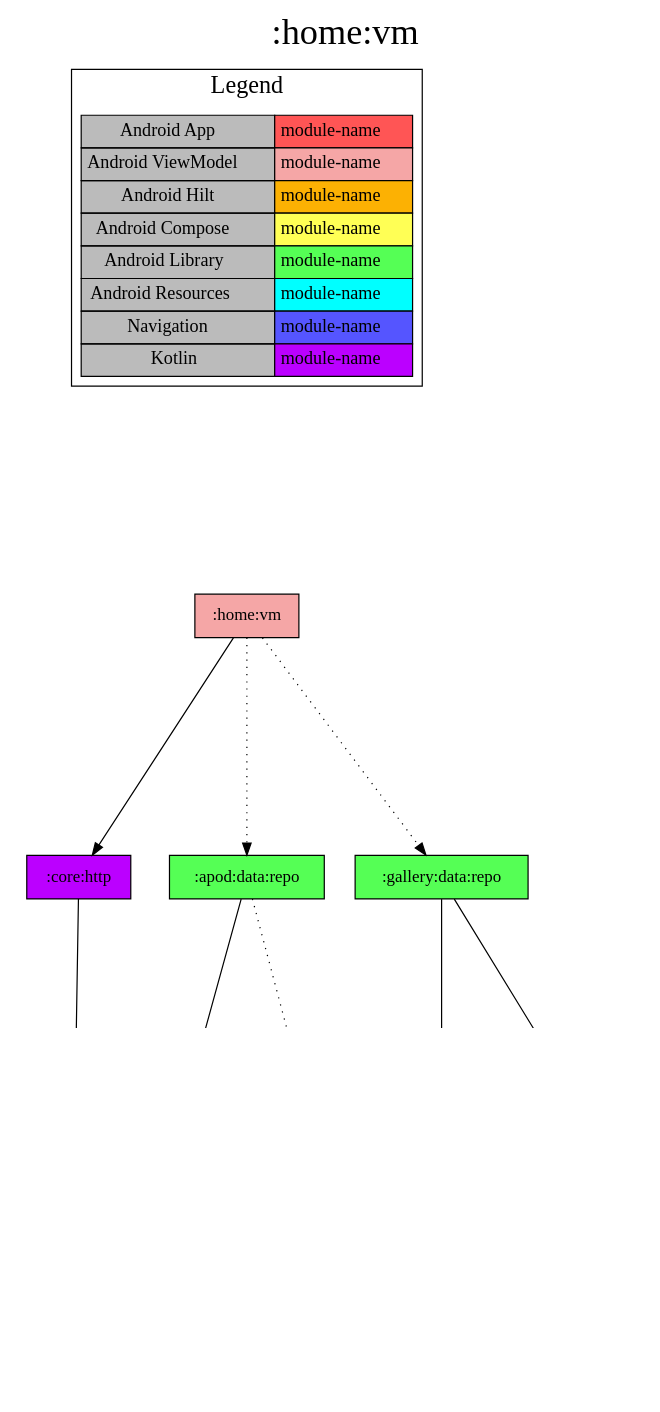
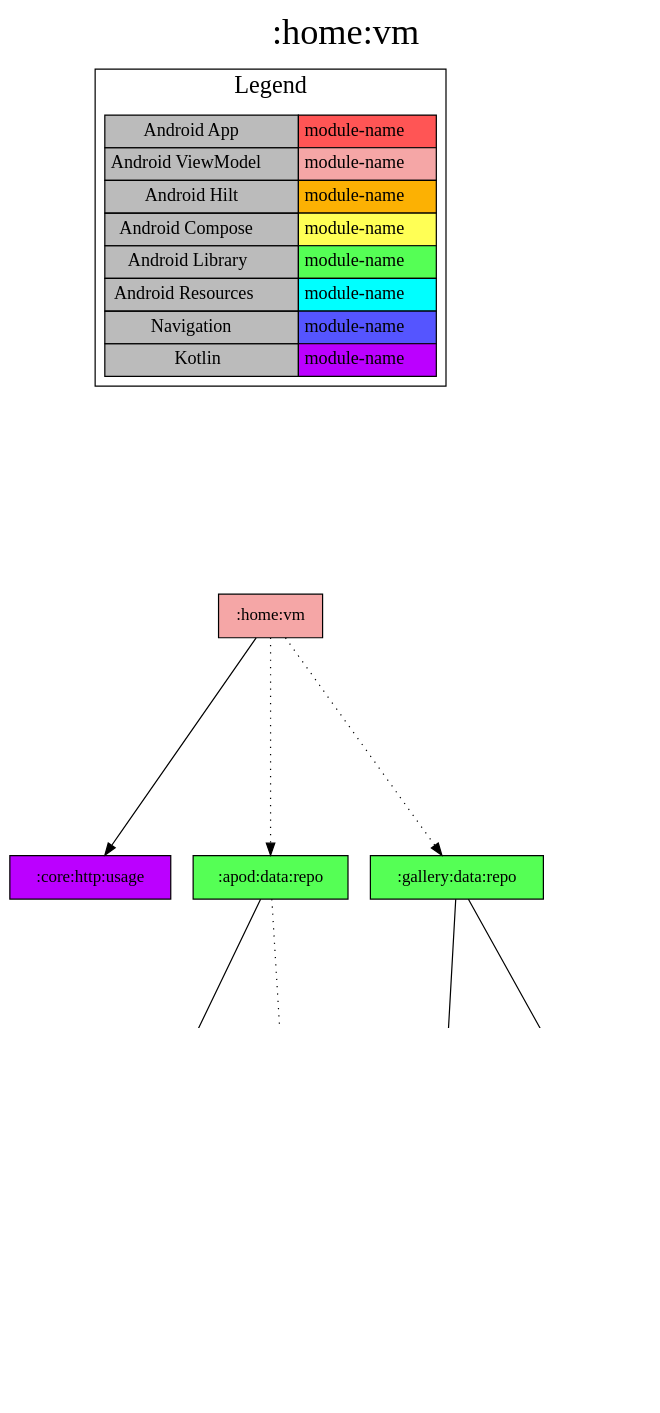
One commit to jonapoul/nasa-android changed the diagram in modules/home/vm/project-dependency-graph.dot. Above: the diagram before and after it, drawn with Graphviz. The commit also changed 85 other files, not shown here.

```diff
--- a/modules/home/vm/project-dependency-graph.dot
+++ b/modules/home/vm/project-dependency-graph.dot
@@ -1,48 +1,47 @@
 digraph {
 edge ["dir"="forward"]
 graph ["dpi"="100","label"=":home:vm","labelloc"="t","fontsize"="30","ranksep"="2.5","rankdir"="TB"]
 node ["style"="filled"]
 ":home:vm" ["fillcolor"="#F5A6A6","shape"="box"]
-":core:http" ["fillcolor"="#BB00FF","shape"="box"]
-":core:model" ["fillcolor"="#BB00FF","shape"="box"]
+":core:http:usage" ["fillcolor"="#BB00FF","shape"="box"]
 ":apod:data:repo" ["fillcolor"="#55FF55","shape"="box"]
 ":apod:data:api" ["fillcolor"="#BB00FF","shape"="box"]
 ":apod:model" ["fillcolor"="#BB00FF","shape"="box"]
+":core:model" ["fillcolor"="#BB00FF","shape"="box"]
 ":db:apod" ["fillcolor"="#BB00FF","shape"="box"]
 ":gallery:data:repo" ["fillcolor"="#55FF55","shape"="box"]
 ":db:gallery" ["fillcolor"="#BB00FF","shape"="box"]
 ":gallery:model" ["fillcolor"="#BB00FF","shape"="box"]
 ":gallery:data:api" ["fillcolor"="#BB00FF","shape"="box"]
 {
 edge ["dir"="none"]
 graph ["rank"="same"]
 }
-":home:vm" -> ":core:http"
+":home:vm" -> ":core:http:usage"
 ":home:vm" -> ":apod:data:repo" ["style"="dotted"]
 ":home:vm" -> ":gallery:data:repo" ["style"="dotted"]
-":core:http" -> ":core:model"
 ":apod:data:repo" -> ":apod:data:api"
 ":apod:data:repo" -> ":db:apod" ["style"="dotted"]
 ":apod:data:api" -> ":apod:model"
 ":apod:data:api" -> ":core:model"
 ":gallery:data:repo" -> ":db:gallery"
 ":gallery:data:repo" -> ":gallery:data:api"
 ":db:gallery" -> ":gallery:model"
 ":gallery:data:api" -> ":gallery:model"
 subgraph "cluster_legend" {
 edge ["dir"="none"]
 graph ["label"="Legend","fontsize"="20"]
 "Legend" ["style"="filled","fillcolor"="#bbbbbb","shape"="none","margin"="0","fontsize"="15","label"=<
 <TABLE BORDER="0" CELLBORDER="1" CELLSPACING="0" CELLPADDING="4">
 <TR><TD>Android App</TD><TD BGCOLOR="#FF5555">module-name</TD></TR>
 <TR><TD>Android ViewModel</TD><TD BGCOLOR="#F5A6A6">module-name</TD></TR>
 <TR><TD>Android Hilt</TD><TD BGCOLOR="#FCB103">module-name</TD></TR>
 <TR><TD>Android Compose</TD><TD BGCOLOR="#FFFF55">module-name</TD></TR>
 <TR><TD>Android Library</TD><TD BGCOLOR="#55FF55">module-name</TD></TR>
 <TR><TD>Android Resources</TD><TD BGCOLOR="#00FFFF">module-name</TD></TR>
 <TR><TD>Navigation</TD><TD BGCOLOR="#5555FF">module-name</TD></TR>
 <TR><TD>Kotlin</TD><TD BGCOLOR="#BB00FF">module-name</TD></TR>
 </TABLE>
 >]
 } -> ":home:vm" ["style"="invis"]
 }
```
